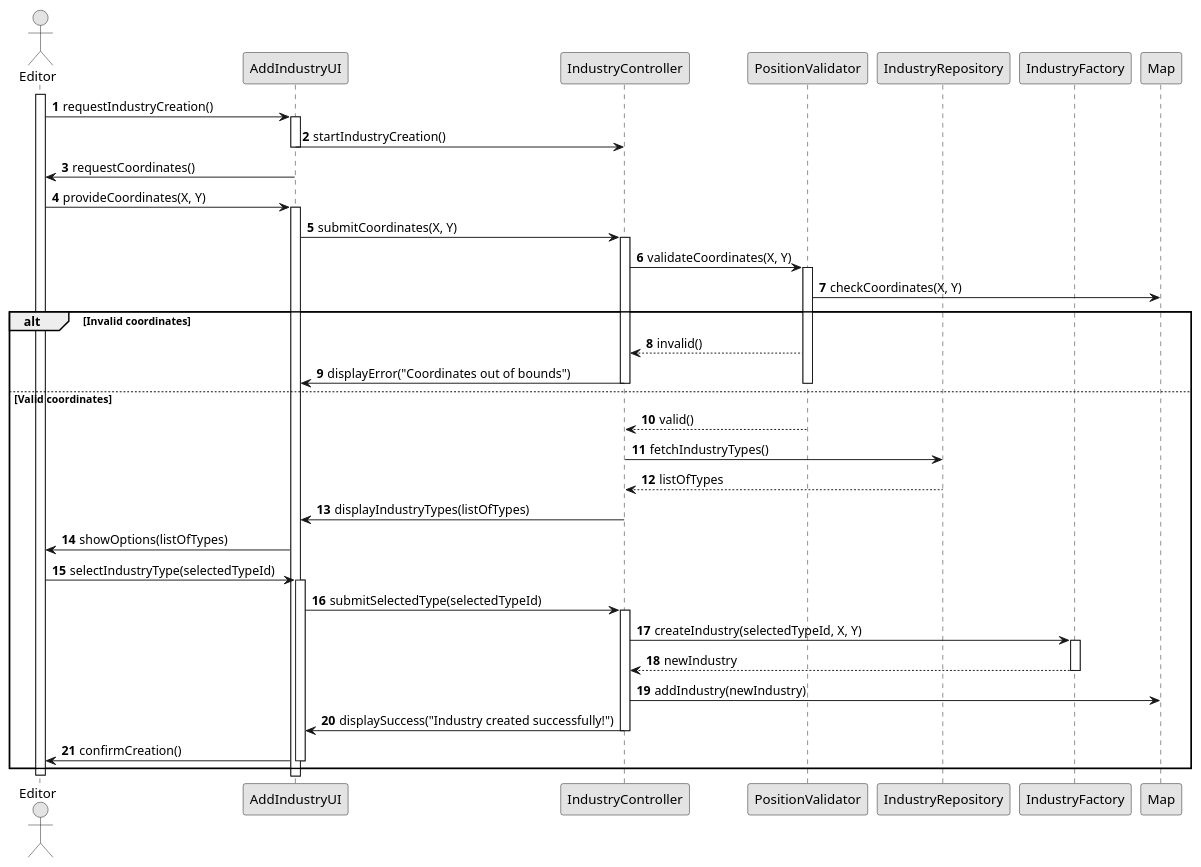
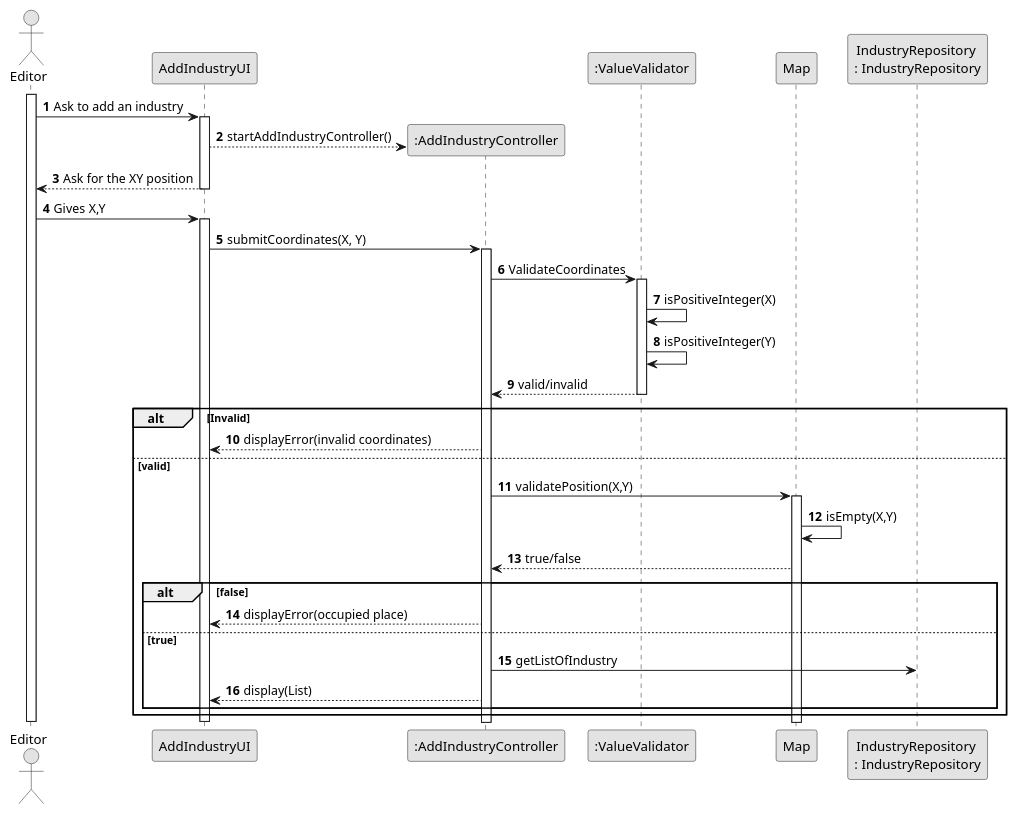
One commit to 1240826/empire-on-tracks changed the diagram in docs/system-documentation/US002/03.design/puml/US002-SD-full.puml. Above: the diagram before and after it, drawn with PlantUML. The commit also changed 7 other files, not shown here.

```diff
--- a/docs/system-documentation/US002/03.design/puml/US002-SD-full.puml
+++ b/docs/system-documentation/US002/03.design/puml/US002-SD-full.puml
@@ -1,71 +1,58 @@
 @startuml
 skinparam monochrome true
 skinparam packageStyle rectangle
 skinparam shadowing false
 
 autonumber
 
 actor "Editor" as Editor
 participant "AddIndustryUI" as UI
-participant "IndustryController" as Controller
-participant "PositionValidator" as Validator
-participant "IndustryRepository" as Repository
-participant "IndustryFactory" as Factory
+participant ":AddIndustryController" as Controller
+participant ":ValueValidator" as Validator
 participant "Map" as Map
+participant "IndustryRepository \n: IndustryRepository" as Repository
 
 activate Editor
 
-Editor -> UI : requestIndustryCreation()
+Editor -> UI : Ask to add an industry
 activate UI
-UI -> Controller : startIndustryCreation()
+UI --> Controller**: startAddIndustryController()
+
+
+UI --> Editor : Ask for the XY position
 deactivate UI
 
-UI -> Editor : requestCoordinates()
-
-Editor -> UI : provideCoordinates(X, Y)
+Editor -> UI : Gives X,Y
 activate UI
 UI -> Controller : submitCoordinates(X, Y)
 
 activate Controller
-Controller -> Validator : validateCoordinates(X, Y)
+Controller->Validator:ValidateCoordinates
 activate Validator
+Validator->Validator:isPositiveInteger(X)
+Validator->Validator:isPositiveInteger(Y)
+Validator-->Controller:valid/invalid
+deactivate Validator
+alt Invalid
+Controller-->UI: displayError(invalid coordinates)
+else valid
+Controller->Map:validatePosition(X,Y)
+activate Map
+Map->Map:isEmpty(X,Y)
+Map-->Controller:true/false
+alt false
+Controller-->UI: displayError(occupied place)
+else true
+Controller->Repository:getListOfIndustry
+Controller-->UI: display(List)
 
-Validator -> Map : checkCoordinates(X, Y)
+end
+end
 
-alt Invalid coordinates
-    Validator --> Controller : invalid()
-    Controller -> UI : displayError("Coordinates out of bounds")
-    deactivate Validator
-    deactivate Controller
-else Valid coordinates
-    Validator --> Controller : valid()
-    deactivate Validator
 
-    Controller -> Repository : fetchIndustryTypes()
-    Repository --> Controller : listOfTypes
 
-    Controller -> UI : displayIndustryTypes(listOfTypes)
-    deactivate Controller
+    deactivate UI
 
-    UI -> Editor : showOptions(listOfTypes)
-
-    Editor -> UI : selectIndustryType(selectedTypeId)
-    activate UI
-    UI -> Controller : submitSelectedType(selectedTypeId)
-    activate Controller
-
-    Controller -> Factory : createIndustry(selectedTypeId, X, Y)
-    activate Factory
-    Factory --> Controller : newIndustry
-    deactivate Factory
-
-    Controller -> Map : addIndustry(newIndustry)
-    Controller -> UI : displaySuccess("Industry created successfully!")
-    deactivate Controller
-
-    UI -> Editor : confirmCreation()
-    deactivate UI
-end
 
 deactivate Editor
 @enduml
```
